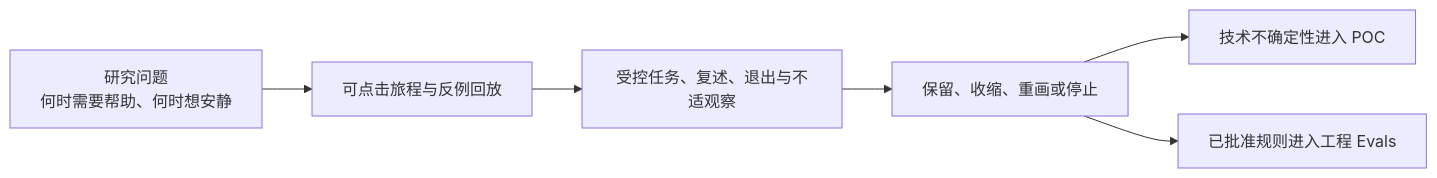
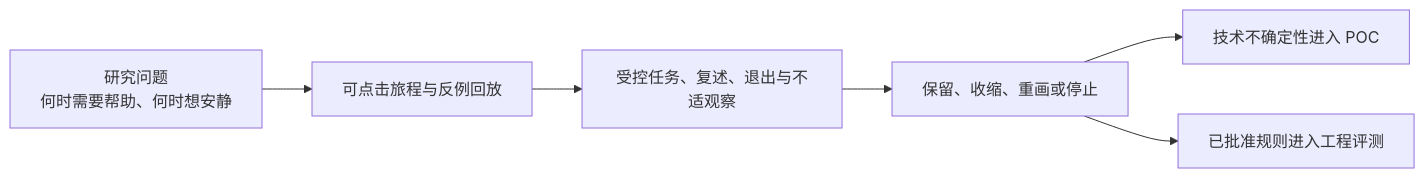
The tenth of 11 diagrams in docs/球球全套资料/4.产品设计/22-赛前赛中赛后陪看旅程设计.md (weiz98417-crypto/qiuqiu), drawn with Mermaid before and after one commit. The commit also changed other lines of this file and 49 other files, not shown here.

````diff
--- a/docs/球球全套资料/4.产品设计/22-赛前赛中赛后陪看旅程设计.md
+++ b/docs/球球全套资料/4.产品设计/22-赛前赛中赛后陪看旅程设计.md
@@ -783,8 +721,8 @@
 ```mermaid
 flowchart LR
     Research[研究问题\n何时需要帮助、何时想安静] --> Prototype[可点击旅程与反例回放]
     Prototype --> Study[受控任务、复述、退出与不适观察]
     Study --> Decision[保留、收缩、重画或停止]
     Decision --> POC[技术不确定性进入 POC]
-    Decision --> Eval[已批准规则进入工程 Evals]
+    Decision --> Eval[已批准规则进入工程评测]
 ```
````
